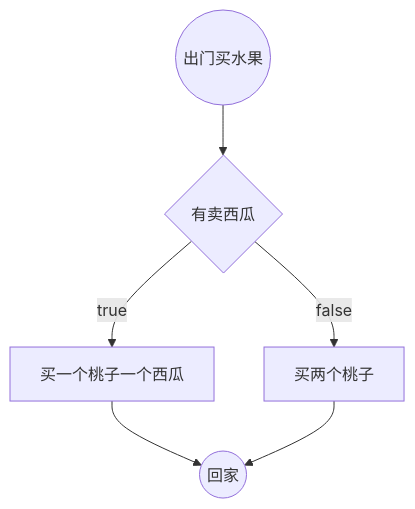
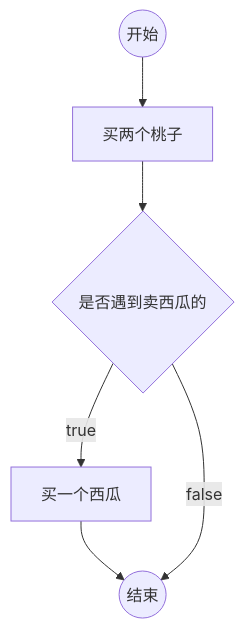
The second of 4 diagrams in 2.javascript/4.流程控制/1.流程图/笔记.md (ljr0826/learning-note), drawn with Mermaid before and after one commit. The commit also changed other lines of this file and 21 other files, not shown here.

````diff
--- a/2.javascript/4.流程控制/1.流程图/笔记.md
+++ b/2.javascript/4.流程控制/1.流程图/笔记.md
@@ -22,6 +32,7 @@
 ```mermaid
 graph TD
-start((出门买水果))-->if{有卖西瓜}
-if--true-->A[买一个桃子一个西瓜]-->ed((回家))
-if--false-->B[买两个桃子]-->ed((回家))
+st((开始)) --> buyPeach[买两个桃子]
+buyPeach --> if{是否遇到卖西瓜的}
+if -- true -->buyXigua[买一个西瓜] --> ed((结束))
+if -- false --> ed((结束))
 ```
````
